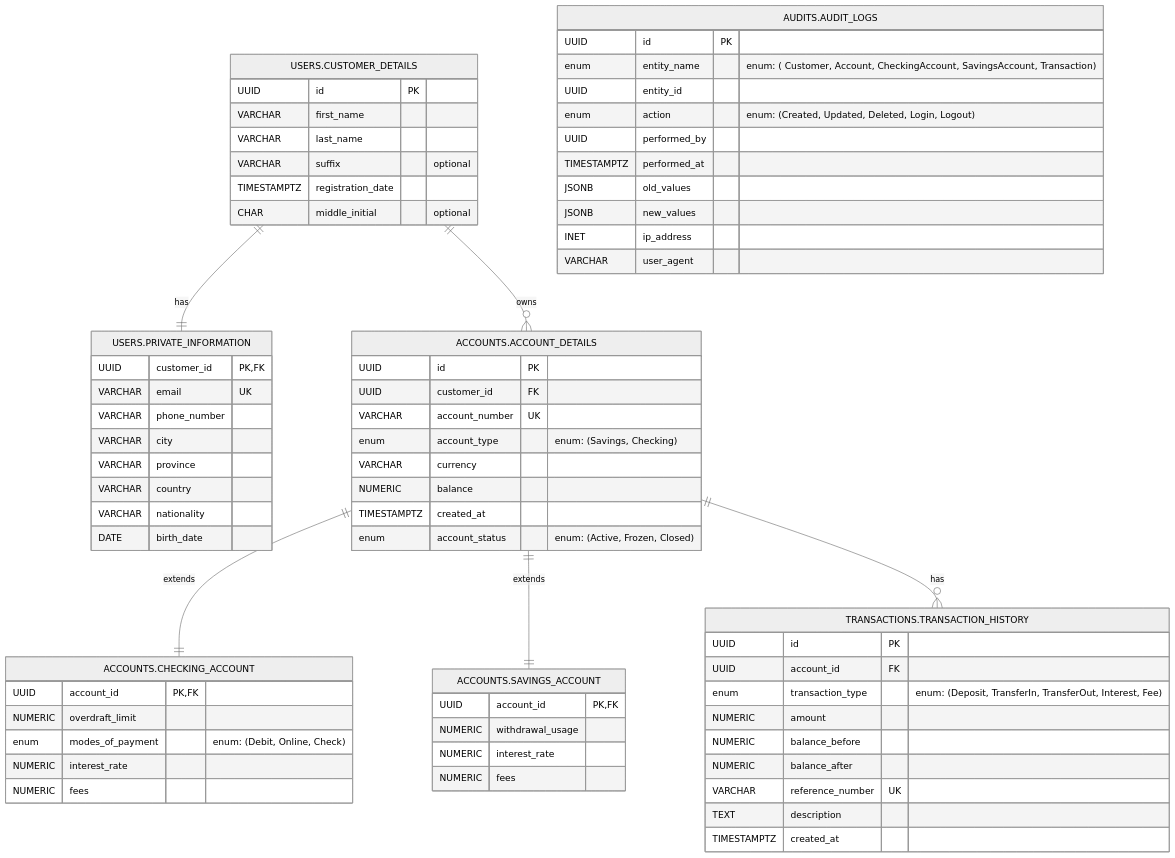
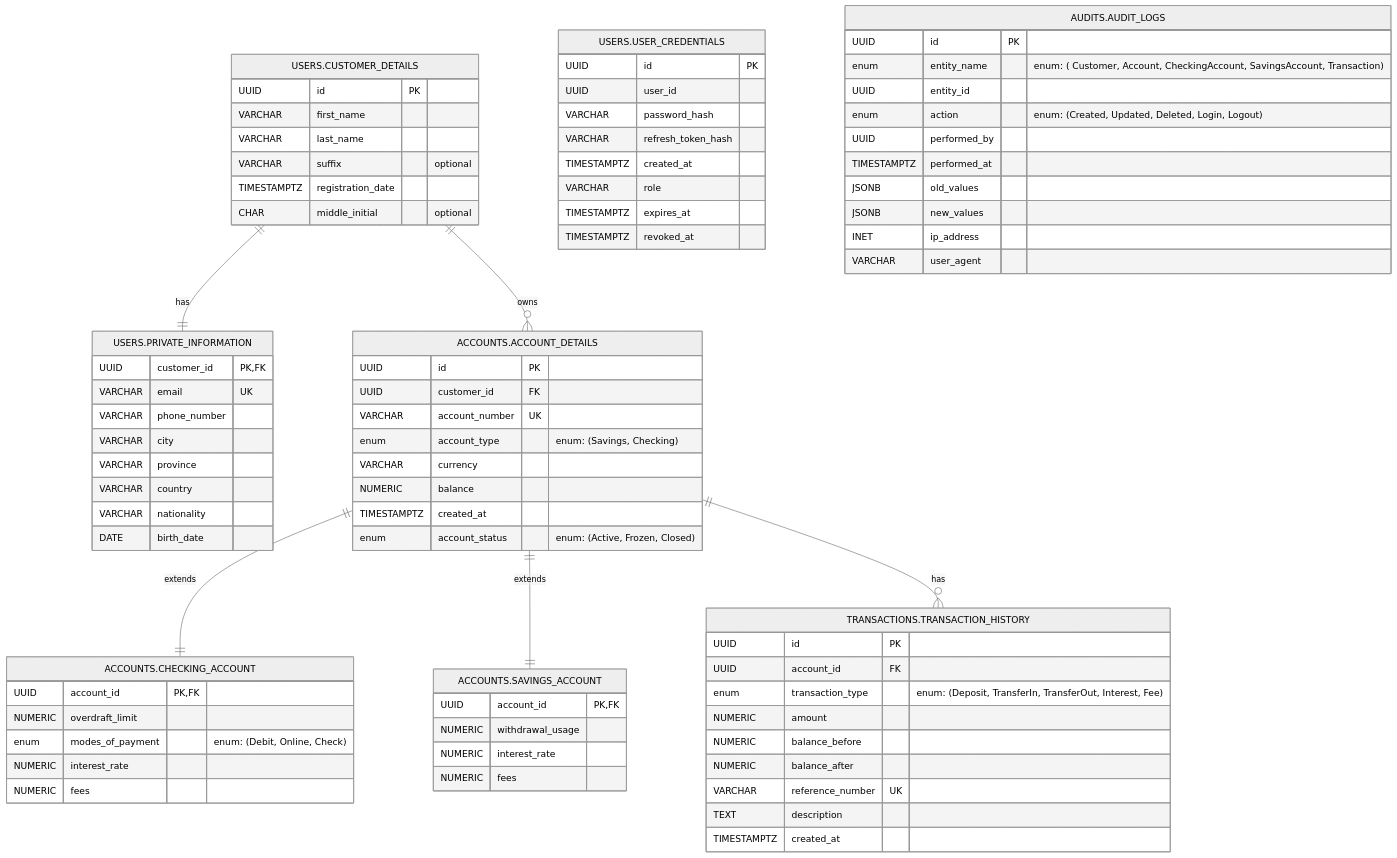
The diagram in docs/ERD/CSBANK.md (Jherson-Aguto/BankingSystem), drawn with Mermaid (neutral theme) before and after one commit.

Commit message:
updated ERD

```diff
--- a/docs/ERD/CSBANK.md
+++ b/docs/ERD/CSBANK.md
@@ -33,6 +33,17 @@
         VARCHAR country
         VARCHAR nationality
         DATE birth_date
+    }
+
+    USERS.USER_CREDENTIALS{
+        UUID id PK
+        UUID user_id
+        VARCHAR password_hash
+        VARCHAR refresh_token_hash
+        TIMESTAMPTZ created_at
+        VARCHAR role
+        TIMESTAMPTZ expires_at
+        TIMESTAMPTZ revoked_at
     }
 
     ACCOUNTS.ACCOUNT_DETAILS{
```
